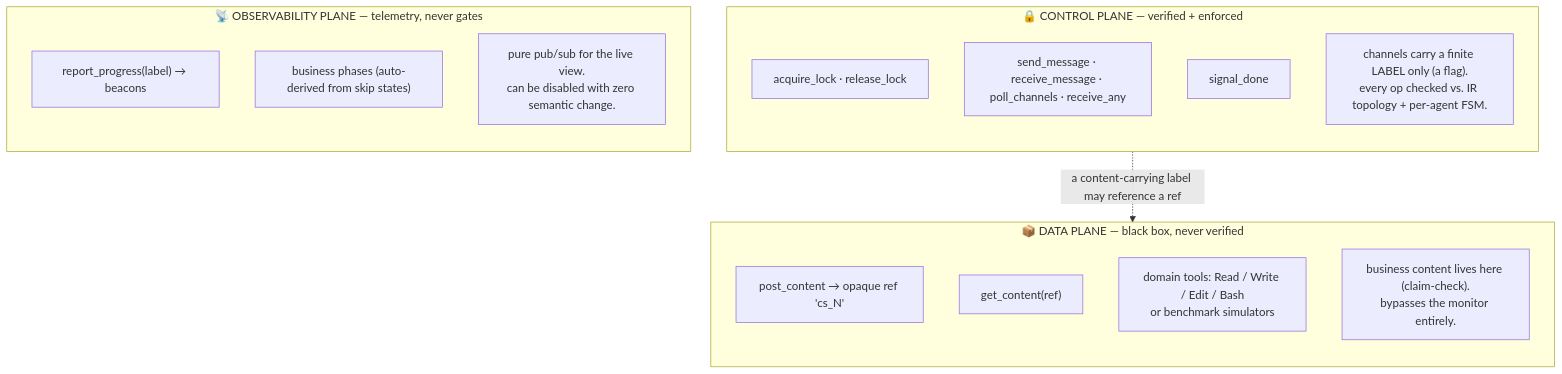
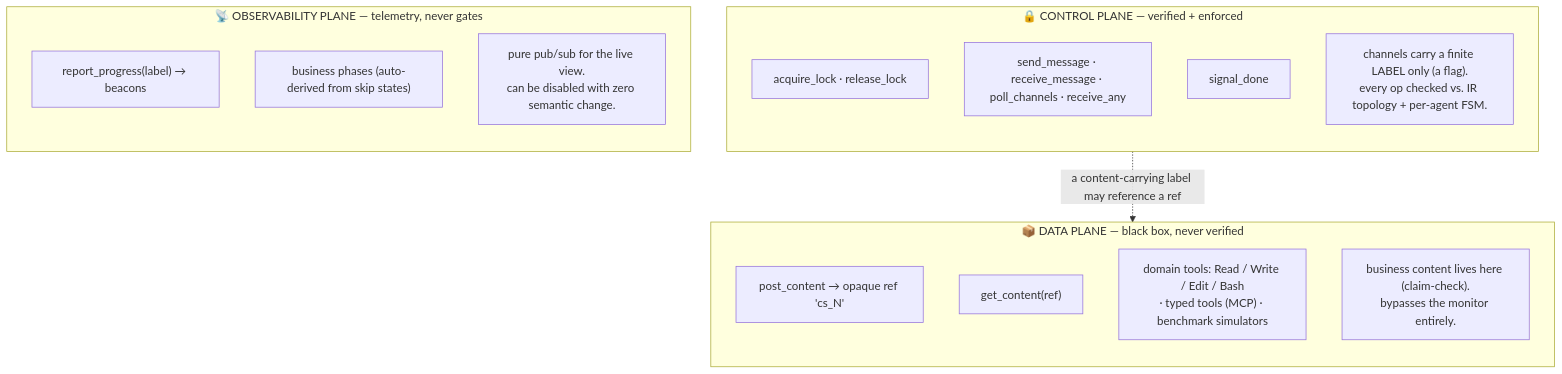
The tenth of 18 diagrams in docs/ARCHITECTURE.md (Sensing-And-Reasoning/TraceFix), drawn with Mermaid before and after one commit. The commit also changed other lines of this file and 1 other file, not shown here.

First line of the commit message:
docs(architecture): bring the flow guide current with recent shipped work

````diff
--- a/docs/ARCHITECTURE.md
+++ b/docs/ARCHITECTURE.md
@@ -353,25 +365,25 @@
 ```mermaid
 flowchart TB
     subgraph CONTROL["🔒 CONTROL PLANE — verified + enforced"]
         direction TB
         C1["acquire_lock · release_lock"]
         C2["send_message · receive_message · poll_channels · receive_any"]
         C3["signal_done"]
         CNOTE["channels carry a finite LABEL only (a flag).<br/>every op checked vs. IR topology + per-agent FSM."]
     end
     subgraph DATA["📦 DATA PLANE — black box, never verified"]
         direction TB
         D1["post_content → opaque ref 'cs_N'"]
         D2["get_content(ref)"]
-        D3["domain tools: Read / Write / Edit / Bash<br/>or benchmark simulators"]
+        D3["domain tools: Read / Write / Edit / Bash<br/>· typed tools (MCP) · benchmark simulators"]
         DNOTE["business content lives here (claim-check).<br/>bypasses the monitor entirely."]
     end
     subgraph OBS["📡 OBSERVABILITY PLANE — telemetry, never gates"]
         direction TB
         O1["report_progress(label) → beacons"]
         O2["business phases (auto-derived from skip states)"]
         ONOTE["pure pub/sub for the live view.<br/>can be disabled with zero semantic change."]
     end
 
     CONTROL -. "a content-carrying label may reference a ref" .-> DATA
 ```
````
